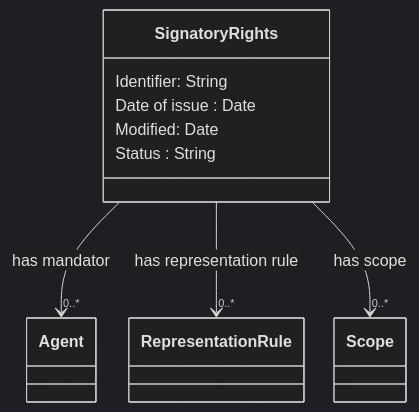
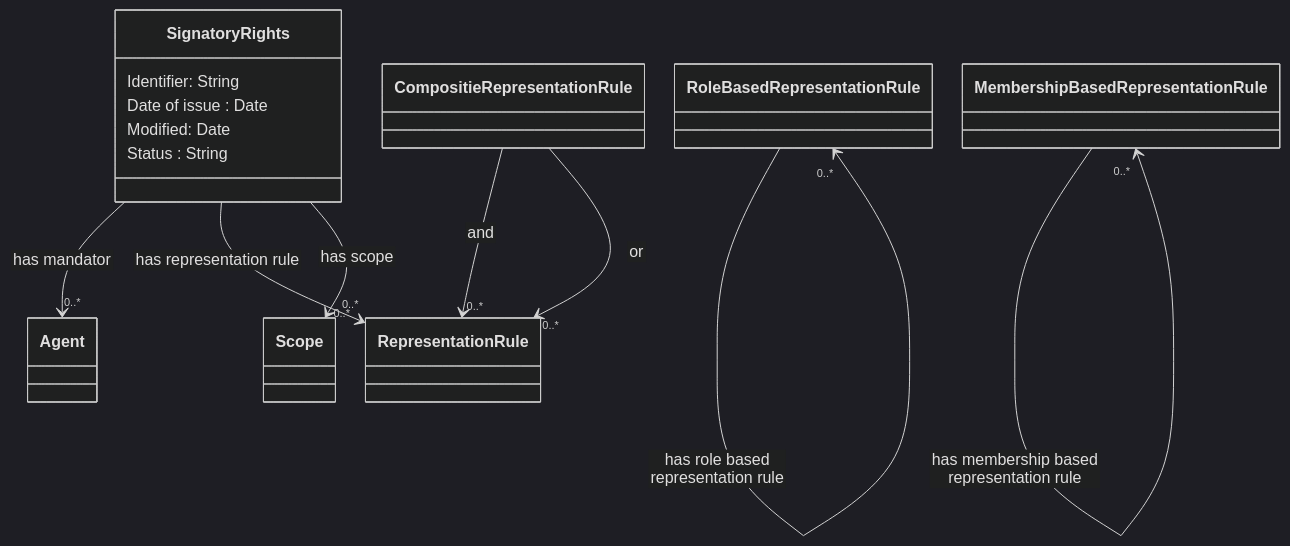
One commit to nordicsmartgovernment/Nordic-Signatory-Rights-Model changed the diagram in README.md. Above: the diagram before and after it, drawn with Mermaid (dark theme).

````diff
--- a/README.md
+++ b/README.md
@@ -22,25 +22,34 @@
 ```mermaid
  %%{init:{'flowchart':{'nodeSpacing': 30, 'rankSpacing': 95, 'htmlLabels': false}}}%%
     classDiagram
        
         class Signatory Rights {
             Identifier: String
             Date of issue : Date
             Modified: Date
             Status : String
         }
 
         Signatory Rights --> "0..*" Agent : has mandator
         Signatory Rights --> "0..*" Representation Rule : has representation rule
         Signatory Rights --> "0..*" Scope : has scope
 
         class Agent {
         }
 
         class Representation Rule {
         }
 
+        Role Based Representation Rule  --> "0..*" Role Based Representation Rule : has role based representation rule
+        Membership Based Representation Rule --> "0..*" Membership Based Representation Rule : has membership based representation rule
+
+        class Compositie Representation Rule {
+        }
+
+        Compositie Representation Rule --> "0..*" Representation Rule : and
+        Compositie Representation Rule --> "0..*" Representation Rule : or
+
         class Scope {
         }
 
 ```
````
